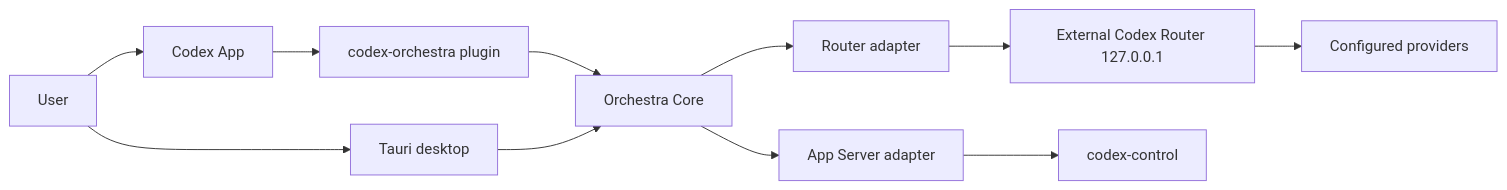
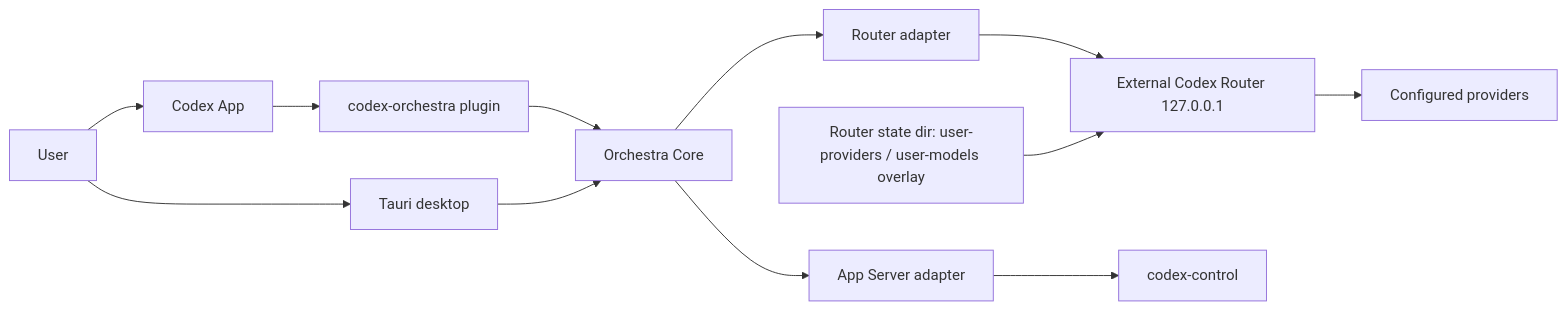
One commit to falopass/Codex-Orchestra changed the diagram in docs/ARCHITECTURE.md. Above: the diagram before and after it, drawn with Mermaid. The commit also changed other lines of this file and 44 other files, not shown here.

````diff
--- a/docs/ARCHITECTURE.md
+++ b/docs/ARCHITECTURE.md
@@ -11,13 +11,14 @@
 ```mermaid
 flowchart LR
   User --> CodexApp[Codex App]
   User --> Desktop[Tauri desktop]
   CodexApp --> Plugin[codex-orchestra plugin]
   Plugin --> Core[Orchestra Core]
   Desktop --> Core
   Core --> RouterAdapter[Router adapter]
   Core --> AppServerAdapter[App Server adapter]
   RouterAdapter --> Router[External Codex Router 127.0.0.1]
+  UserOverlay["Router state dir: user-providers / user-models overlay"] --> Router
   AppServerAdapter --> Control[codex-control]
   Router --> Providers[Configured providers]
 ```
````
